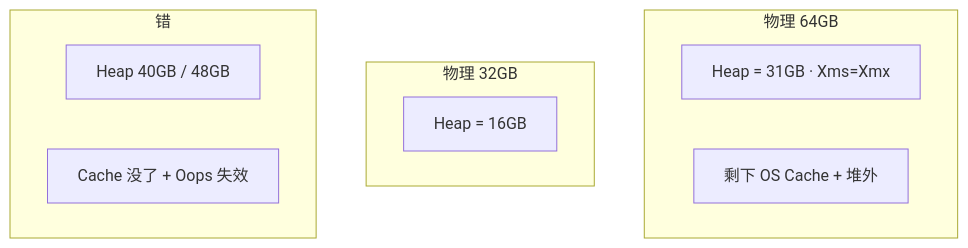
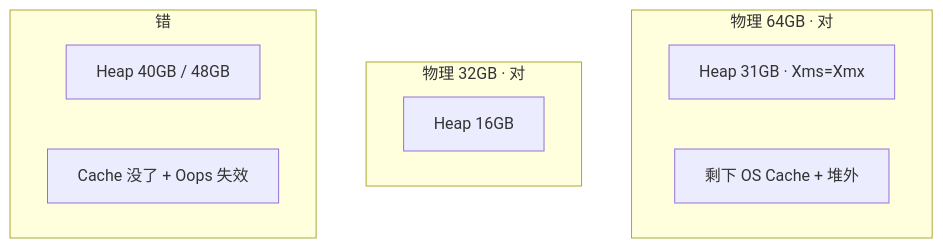
The fifth of 6 diagrams in 02-中间件与数据库/04-Elasticsearch/知识点.md (ml-cuizijun/LearnToLilith), drawn with Mermaid before and after one commit. The commit also changed other lines of this file and 178 other files, not shown here.

````diff
--- a/02-中间件与数据库/04-Elasticsearch/知识点.md
+++ b/02-中间件与数据库/04-Elasticsearch/知识点.md
@@ -408,18 +368,14 @@
 ```mermaid
 flowchart TB
-    subgraph ram64 ["物理 64GB"]
-        h1["Heap = 31GB · Xms=Xmx"]
+    subgraph ok64 ["物理 64GB · 对"]
+        h1["Heap 31GB · Xms=Xmx"]
         c1[剩下 OS Cache + 堆外]
     end
-    subgraph ram32 ["物理 32GB"]
-        h2["Heap = 16GB"]
+    subgraph ok32 ["物理 32GB · 对"]
+        h2["Heap 16GB"]
     end
-    subgraph wrong ["错"]
+    subgraph bad ["错"]
         h3["Heap 40GB / 48GB"]
         r3[Cache 没了 + Oops 失效]
     end
-
-    class h1,h2 ok
-    class h3,r3 bad
-
 ```
````
